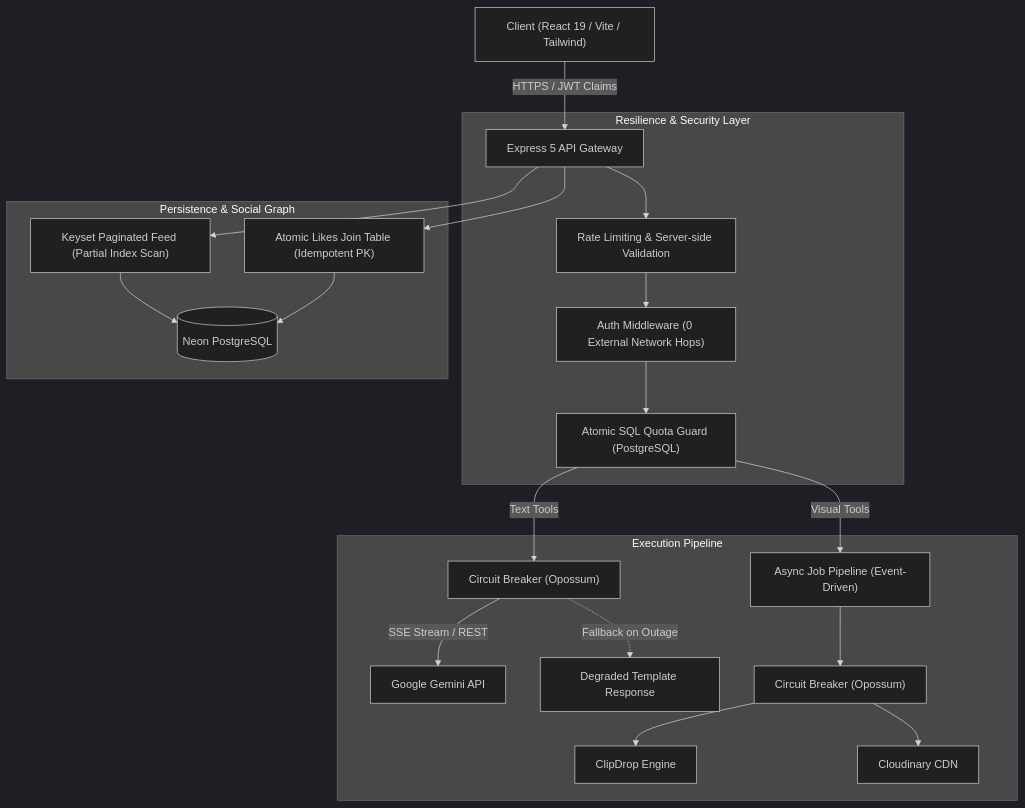
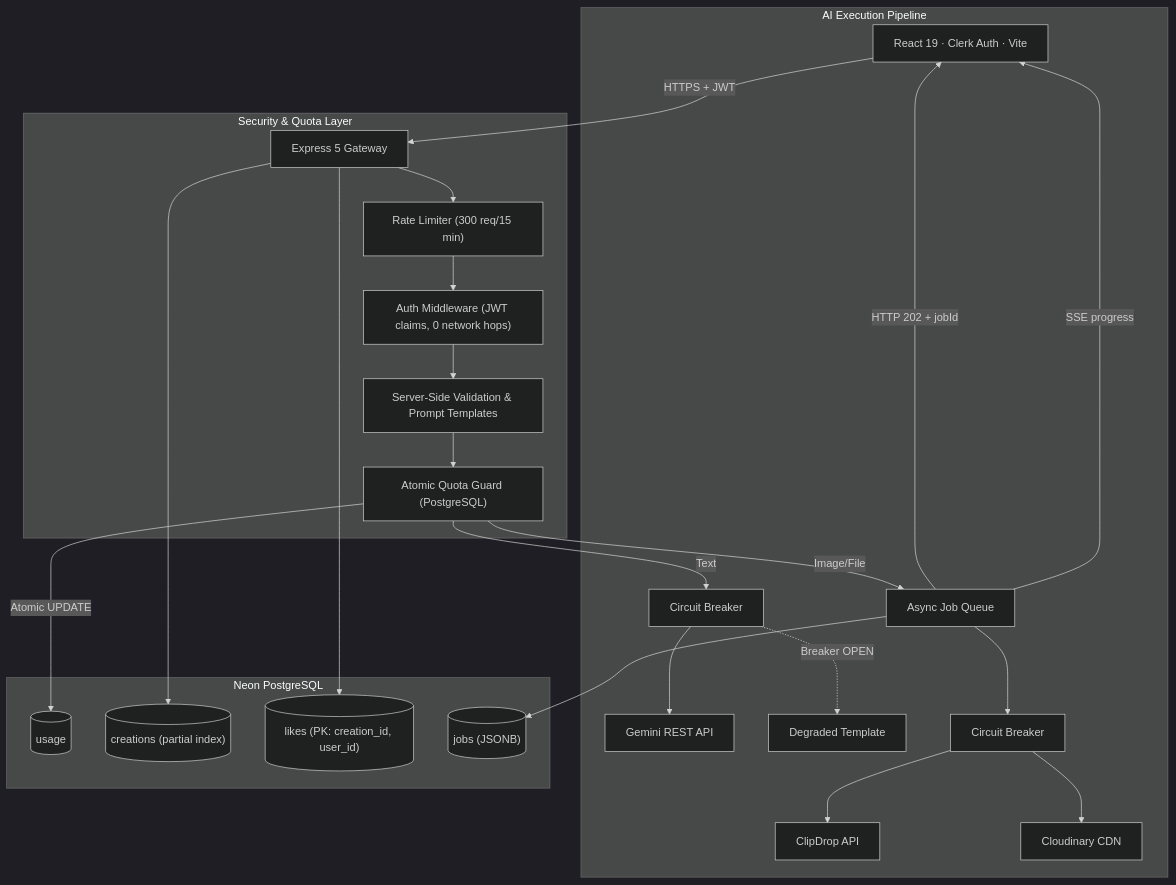
The first of 2 diagrams in README.md (Omkarjagtap15/QuickAI), drawn with Mermaid (dark theme) before and after one commit. The commit also changed other lines of this file and 10 other files, not shown here.

Commit message:
feat: complete senior review enhancements - composite keyset pagination, quota refunds, guest demo mode, and honest metrics README

````diff
--- a/README.md
+++ b/README.md
@@ -18,28 +47,31 @@
 ```mermaid
 flowchart TD
-    Client["Client (React 19 / Vite / Tailwind)"] -->|"HTTPS / JWT Claims"| Gateway["Express 5 API Gateway"]
+    Client["React 19 · Clerk Auth · Vite"] -->|"HTTPS + JWT"| Gateway["Express 5 Gateway"]
 
-    subgraph "Resilience & Security Layer"
-        Gateway --> Limiter["Rate Limiting & Server-side Validation"]
-        Limiter --> AuthMid["Auth Middleware (0 External Network Hops)"]
-        AuthMid --> Quota["Atomic SQL Quota Guard (PostgreSQL)"]
+    subgraph Middleware ["Security & Quota Layer"]
+        Gateway --> RateLimit["Rate Limiter (300 req/15 min)"]
+        RateLimit --> Auth["Auth Middleware (JWT claims, 0 network hops)"]
+        Auth --> Validate["Server-Side Validation & Prompt Templates"]
+        Validate --> Quota["Atomic Quota Guard (PostgreSQL)"]
     end
 
-    subgraph "Execution Pipeline"
-        Quota -->|"Text Tools"| CB_Text["Circuit Breaker (Opossum)"]
-        CB_Text -->|"SSE Stream / REST"| Gemini["Google Gemini API"]
-        CB_Text -.->|"Fallback on Outage"| DegradedText["Degraded Template Response"]
+    subgraph Execution ["AI Execution Pipeline"]
+        Quota -->|"Text"| CB1["Circuit Breaker"]
+        CB1 --> Gemini["Gemini REST API"]
+        CB1 -.->|"Breaker OPEN"| Fallback1["Degraded Template"]
 
-        Quota -->|"Visual Tools"| AsyncQueue["Async Job Pipeline (Event-Driven)"]
-        AsyncQueue --> CB_Image["Circuit Breaker (Opossum)"]
-        CB_Image --> ClipDrop["ClipDrop Engine"]
-        CB_Image --> Cloudinary["Cloudinary CDN"]
+        Quota -->|"Image/File"| AsyncQ["Async Job Queue"]
+        AsyncQ -->|"HTTP 202 + jobId"| Client
+        AsyncQ --> CB2["Circuit Breaker"]
+        CB2 --> ClipDrop["ClipDrop API"]
+        CB2 --> Cloudinary["Cloudinary CDN"]
+        AsyncQ -->|"SSE progress"| Client
     end
 
-    subgraph "Persistence & Social Graph"
-        Gateway --> FeedQuery["Keyset Paginated Feed (Partial Index Scan)"]
-        FeedQuery --> NeonDB[("Neon PostgreSQL")]
-        Gateway --> LikeTx["Atomic Likes Join Table (Idempotent PK)"]
-        LikeTx --> NeonDB
+    subgraph Data ["Neon PostgreSQL"]
+        Quota -->|"Atomic UPDATE"| Usage[("usage")]
+        Gateway --> Feed[("creations (partial index)")]
+        Gateway --> Likes[("likes (PK: creation_id, user_id)")]
+        AsyncQ --> Jobs[("jobs (JSONB)")]
     end
 ```
````
